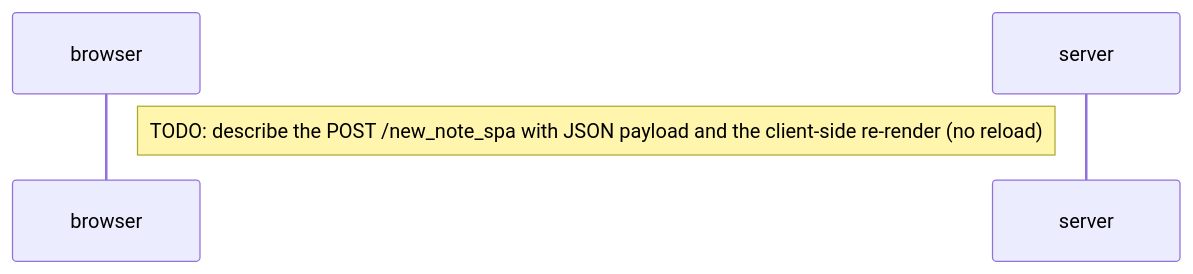
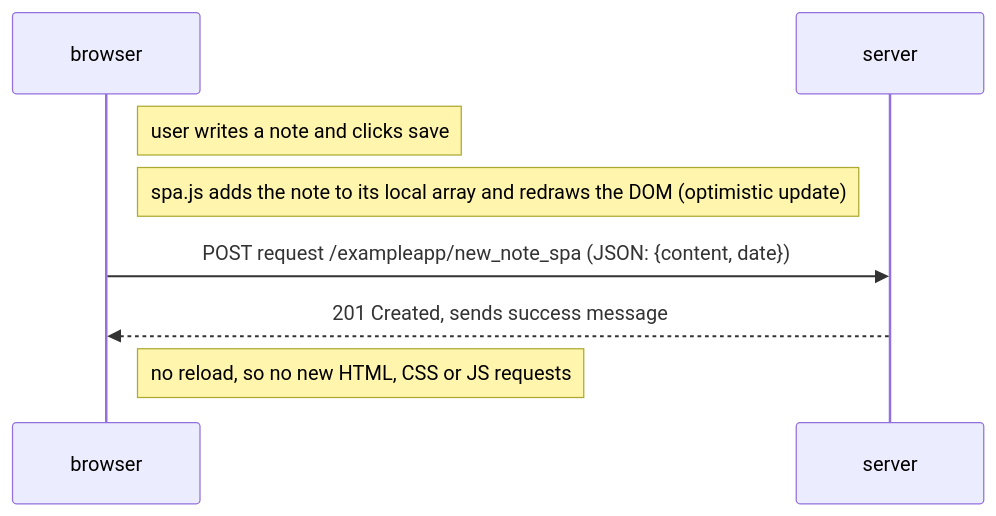
The diagram in part0/0.6-new-note-spa.md (igorr14/fullstackopen), drawn with Mermaid before and after one commit. The commit also changed other lines of this file and 2 other files, not shown here.

Commit message:
part0: add diagrams

````diff
--- a/part0/0.6-new-note-spa.md
+++ b/part0/0.6-new-note-spa.md
@@ -6,7 +6,14 @@
 ```mermaid
 sequenceDiagram
     participant browser
     participant server
 
-    Note right of browser: TODO: describe the POST /new_note_spa with JSON payload and the client-side re-render (no reload)
+    Note right of browser: user writes a note and clicks save
+
+    Note right of browser: spa.js adds the note to its local array and redraws the DOM (optimistic update)
+
+    browser ->> server: POST request /exampleapp/new_note_spa (JSON: {content, date})
+    server -->> browser: 201 Created, sends success message
+
+    Note right of browser: no reload, so no new HTML, CSS or JS requests
 ```
````
